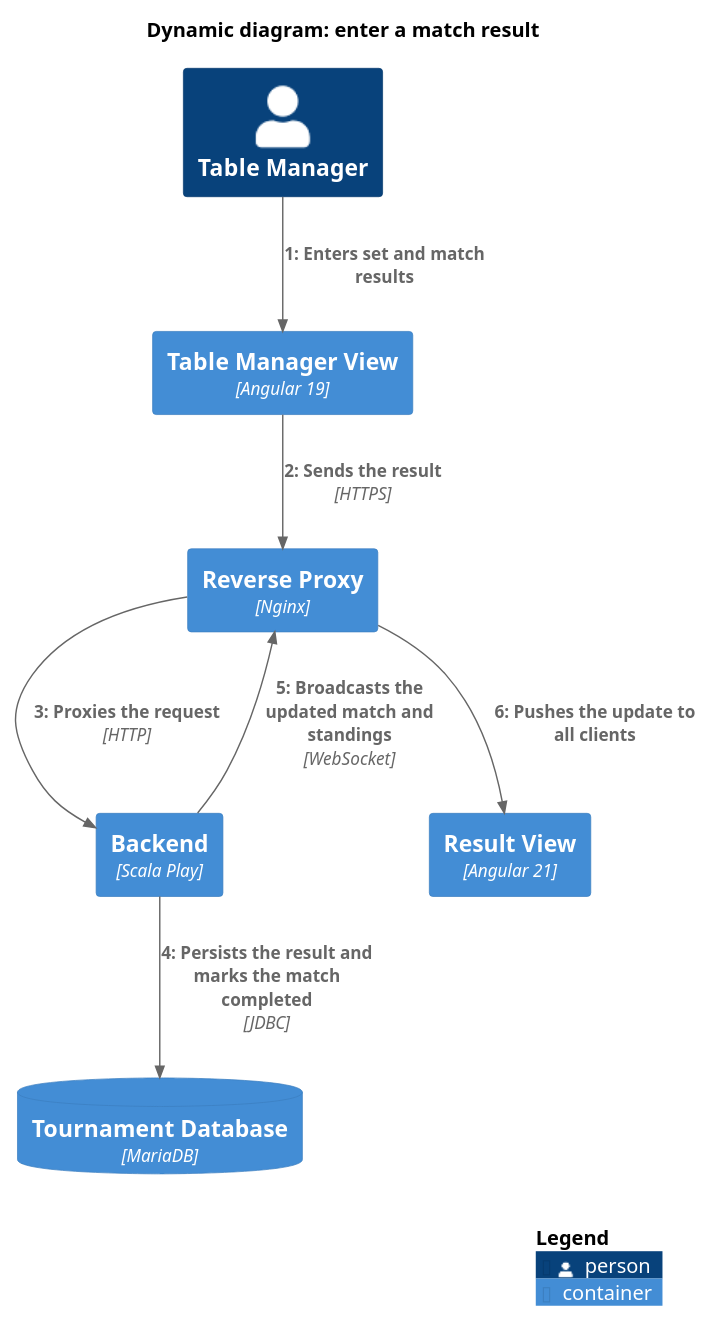
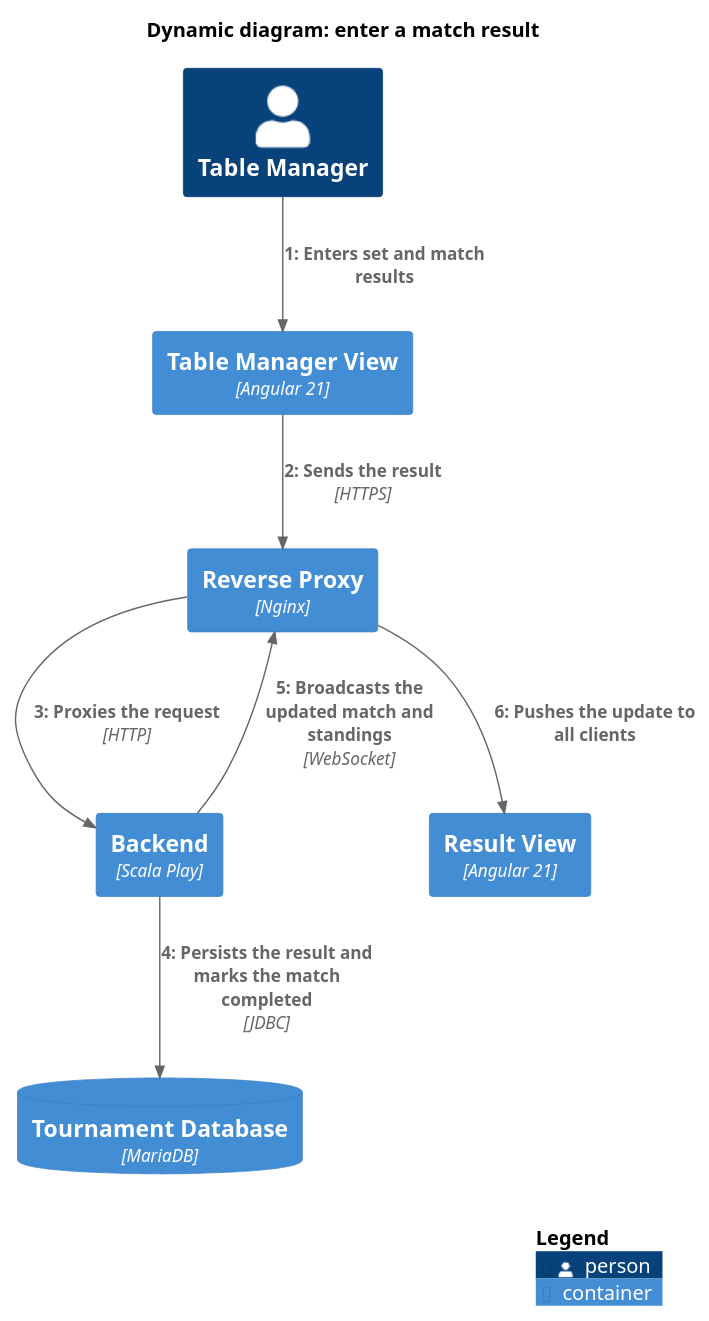
The diagram in docs/arc42/diagrams/dynamic-result.puml (table-tennis-tournament/management-clients), drawn with PlantUML before and after one commit. The commit also changed 11 other files, not shown here.

```diff
--- a/docs/arc42/diagrams/dynamic-result.puml
+++ b/docs/arc42/diagrams/dynamic-result.puml
@@ -1,21 +1,21 @@
 @startuml
 !include C4/C4_Dynamic.puml
 
 title Dynamic diagram: enter a match result
 
 Person(tableManager, "Table Manager")
-Container(tableManagerView, "Table Manager View", "Angular 19")
+Container(tableManagerView, "Table Manager View", "Angular 21")
 Container(nginx, "Reverse Proxy", "Nginx")
 Container(backend, "Backend", "Scala Play")
 ContainerDb(mariadb, "Tournament Database", "MariaDB")
 Container(resultView, "Result View", "Angular 21")
 
 RelIndex(1, tableManager, tableManagerView, "Enters set and match results")
 RelIndex(2, tableManagerView, nginx, "Sends the result", "HTTPS")
 RelIndex(3, nginx, backend, "Proxies the request", "HTTP")
 RelIndex(4, backend, mariadb, "Persists the result and marks the match completed", "JDBC")
 RelIndex(5, backend, nginx, "Broadcasts the updated match and standings", "WebSocket")
 RelIndex(6, nginx, resultView, "Pushes the update to all clients")
 
 SHOW_LEGEND()
 @enduml
```
